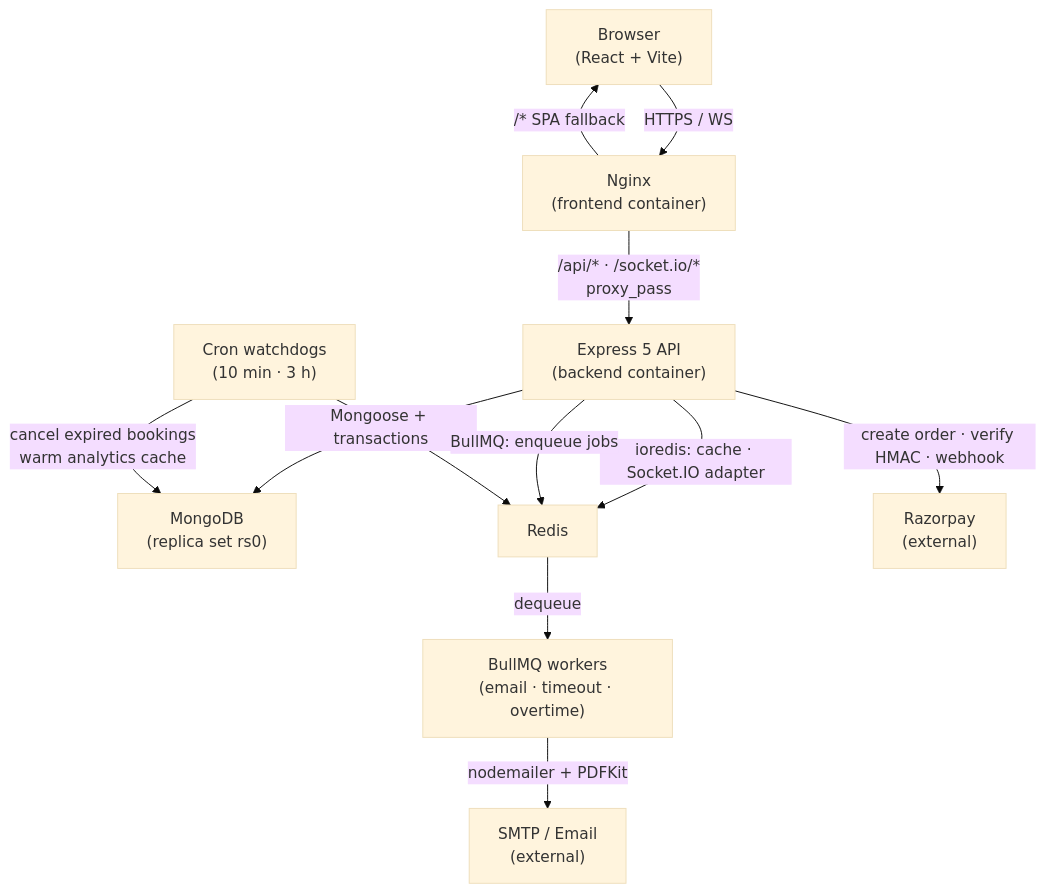
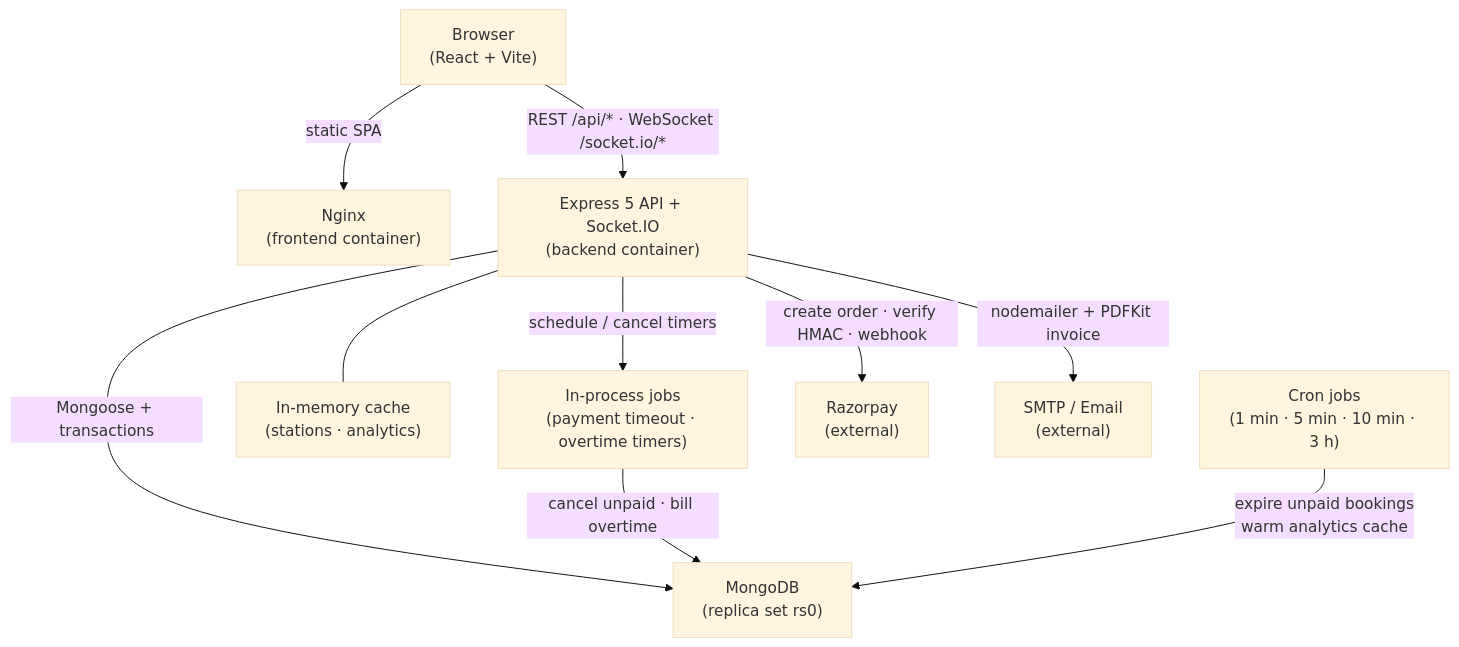
The first of 3 diagrams in docs/architecture.md (ShrutiPatel038/Agile_Project), drawn with Mermaid (base theme) before and after one commit. The commit also changed other lines of this file and 21 other files, not shown here.

First line of the commit message:
docs: remove Redis/BullMQ everywhere, document multi-role testing [EVG-53][EVG-54]

````diff
--- a/docs/architecture.md
+++ b/docs/architecture.md
@@ -5,24 +5,22 @@
 ```mermaid
 graph TD
     Browser["Browser\n(React + Vite)"]
     Nginx["Nginx\n(frontend container)"]
-    BE["Express 5 API\n(backend container)"]
+    BE["Express 5 API + Socket.IO\n(backend container)"]
+    Jobs["In-process jobs\n(payment timeout · overtime timers)"]
+    Cache["In-memory cache\n(stations · analytics)"]
     Mongo["MongoDB\n(replica set rs0)"]
-    Redis["Redis"]
-    BullMQ["BullMQ workers\n(email · timeout · overtime)"]
-    Cron["Cron watchdogs\n(10 min · 3 h)"]
+    Cron["Cron jobs\n(1 min · 5 min · 10 min · 3 h)"]
     Razorpay["Razorpay\n(external)"]
     Email["SMTP / Email\n(external)"]
 
-    Browser -->|"HTTPS / WS"| Nginx
-    Nginx -->|"/api/* · /socket.io/*\nproxy_pass"| BE
-    Nginx -->|"/* SPA fallback"| Browser
+    Browser -->|"static SPA"| Nginx
+    Browser -->|"REST /api/* · WebSocket /socket.io/*"| BE
     BE -->|"Mongoose + transactions"| Mongo
-    BE -->|"ioredis: cache · Socket.IO adapter"| Redis
-    BE -->|"BullMQ: enqueue jobs"| Redis
-    Redis -->|"dequeue"| BullMQ
-    BullMQ -->|"nodemailer + PDFKit"| Email
+    BE --- Cache
+    BE -->|"schedule / cancel timers"| Jobs
+    Jobs -->|"cancel unpaid · bill overtime"| Mongo
+    BE -->|"nodemailer + PDFKit invoice"| Email
     BE -->|"create order · verify HMAC · webhook"| Razorpay
-    Cron -->|"cancel expired bookings\nwarm analytics cache"| Mongo
-    Cron --> Redis
+    Cron -->|"expire unpaid bookings\nwarm analytics cache"| Mongo
 ```
````
